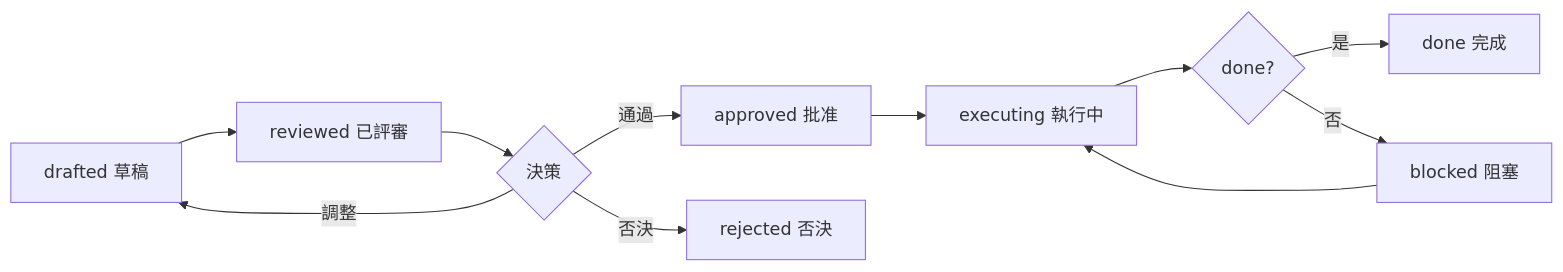
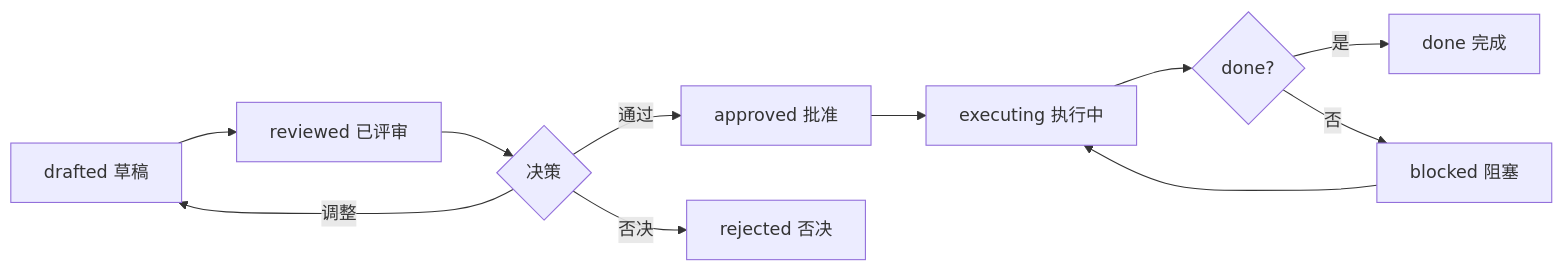
Before and after one commit to gogojaja/DevProjectTeamSkill: the second of 2 diagrams in .trae/skills/dev-project-team-skill/skills/self-improve/domain/improvement-proposal.md, drawn with Mermaid. The commit also changed other lines of this file and 69 other files, not shown here.

````diff
--- a/.trae/skills/dev-project-team-skill/skills/self-improve/domain/improvement-proposal.md
+++ b/.trae/skills/dev-project-team-skill/skills/self-improve/domain/improvement-proposal.md
@@ -185,13 +185,13 @@
 ```mermaid
 graph LR
-  A[drafted 草稿] --> B[reviewed 已評審]
-  B --> C{決策}
-  C -->|通過| D[approved 批准]
-  C -->|調整| A
-  C -->|否決| E[rejected 否決]
-  D --> F[executing 執行中]
+  A[drafted 草稿] --> B[reviewed 已评审]
+  B --> C{决策}
+  C -->|通过| D[approved 批准]
+  C -->|调整| A
+  C -->|否决| E[rejected 否决]
+  D --> F[executing 执行中]
   F --> G{done?}
   G -->|是| H[done 完成]
   G -->|否| I[blocked 阻塞]
   I --> F
 ```
````
